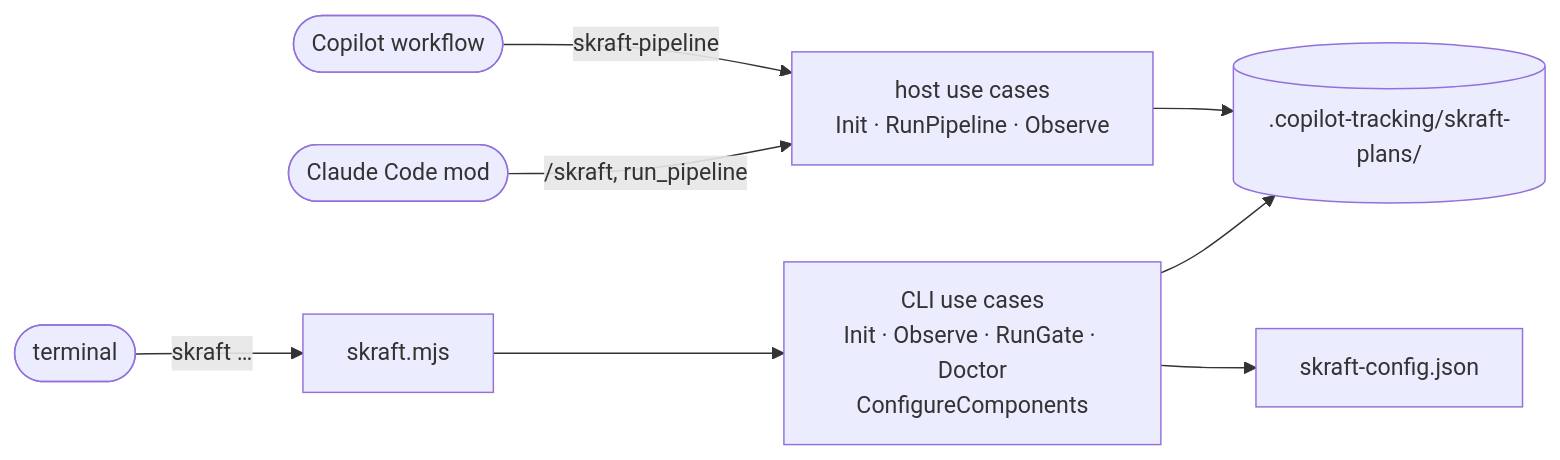
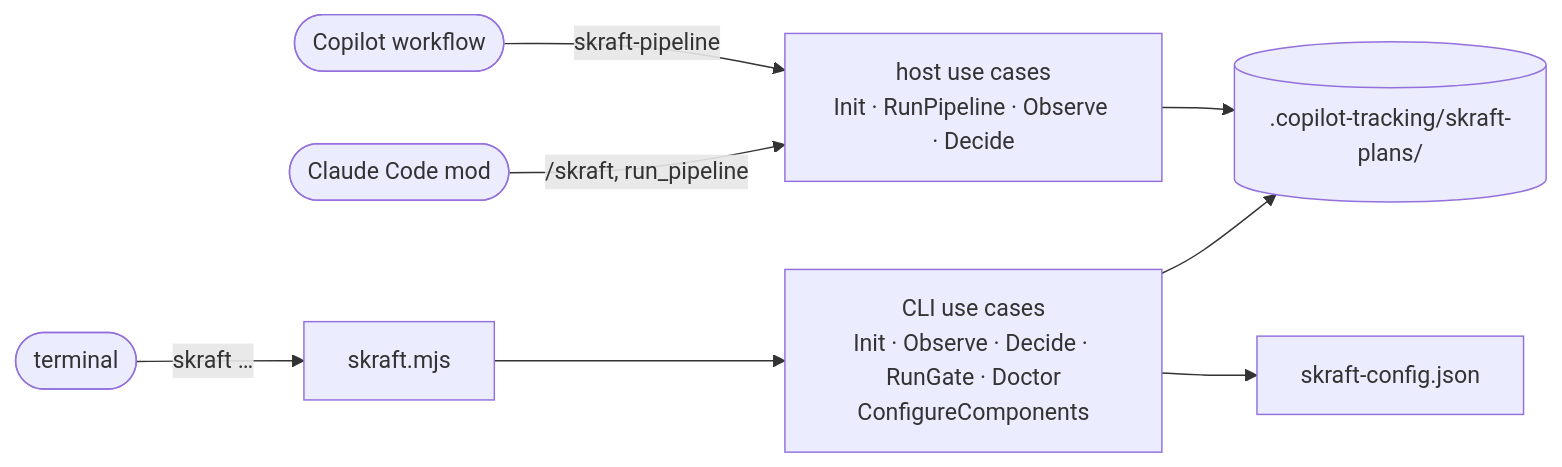
The first of 2 diagrams in docs/site/en/reference/cli.md (SebastienDegodez/skraft-plugin), drawn with Mermaid before and after one commit. The commit also changed other lines of this file and 100 other files, not shown here.

````diff
--- a/docs/site/en/reference/cli.md
+++ b/docs/site/en/reference/cli.md
@@ -40,11 +40,11 @@
 ```mermaid
 flowchart LR
     T([terminal]) -->|skraft …| CLI[skraft.mjs]
     M([Claude Code mod]) -->|/skraft, run_pipeline| HP
     W([Copilot workflow]) -->|skraft-pipeline| HP
-    CLI --> UC[CLI use cases<br/>Init · Observe · RunGate · Doctor<br/>ConfigureComponents]
-    HP[host use cases<br/>Init · RunPipeline · Observe]
+    CLI --> UC[CLI use cases<br/>Init · Observe · Decide · RunGate · Doctor<br/>ConfigureComponents]
+    HP[host use cases<br/>Init · RunPipeline · Observe · Decide]
     UC --> J[(.copilot-tracking/skraft-plans/)]
     HP --> J
     UC --> C[skraft-config.json]
 ```
````
